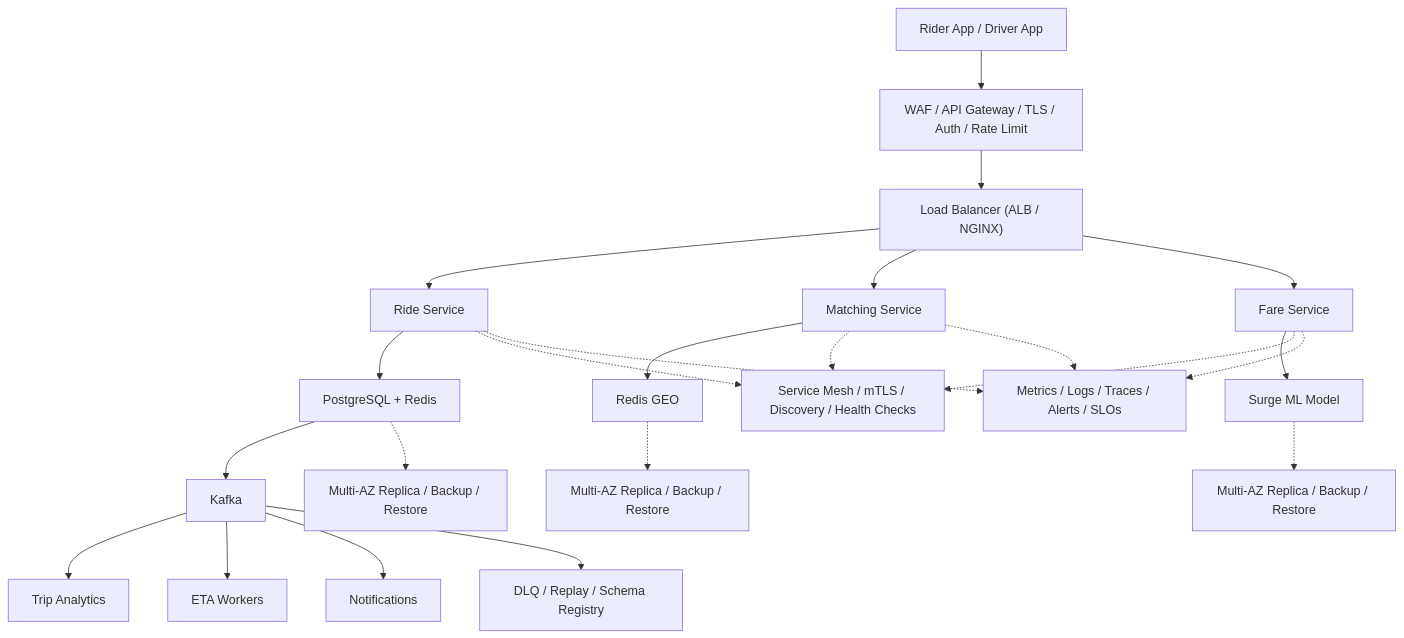
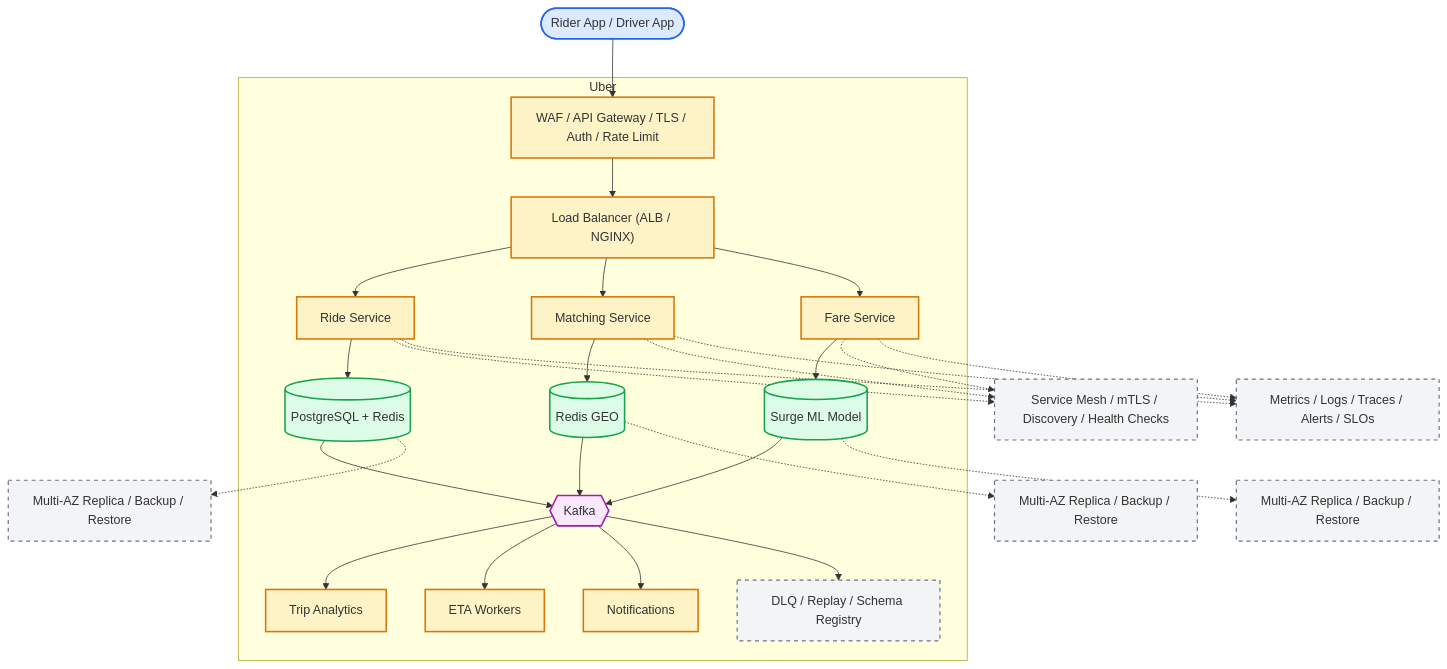
Before and after one commit to aishwary11/system-design: the diagram in system-design-uber.md, drawn with Mermaid. The commit also changed other lines of this file and 36 other files, not shown here.

First line of the commit message:
Standardize all diagrams on C4-style Mermaid template

````diff
--- a/system-design-uber.md
+++ b/system-design-uber.md
@@ -40,25 +40,65 @@
 ```mermaid
 flowchart TB
-    clients["Rider App / Driver App"] --> edge["WAF / API Gateway / TLS / Auth / Rate Limit"]
-    edge --> lb["Load Balancer (ALB / NGINX)"]
-    lb --> svc0["Ride Service"]
-    lb --> svc1["Matching Service"]
-    lb --> svc2["Fare Service"]
-    svc0 --> store0["PostgreSQL + Redis"]
-    svc1 --> store1["Redis GEO"]
-    svc2 --> store2["Surge ML Model"]
-    store0 --> stream["Kafka"]
-    stream --> worker0["Trip Analytics"]
-    stream --> worker1["ETA Workers"]
-    stream --> worker2["Notifications"]
-    svc0 -.-> platform["Service Mesh / mTLS / Discovery / Health Checks"]
-    svc1 -.-> platform
-    svc2 -.-> platform
-    store0 -.-> backup0["Multi-AZ Replica / Backup / Restore"]
-    store1 -.-> backup1["Multi-AZ Replica / Backup / Restore"]
-    store2 -.-> backup2["Multi-AZ Replica / Backup / Restore"]
-    stream --> dlq["DLQ / Replay / Schema Registry"]
-    svc0 -.-> ops["Metrics / Logs / Traces / Alerts / SLOs"]
+    %% Actors (people)
+    clients(["Rider App / Driver App"])
+
+    %% System boundary - containers owned by the platform
+    subgraph platform["Uber"]
+        edge["WAF / API Gateway / TLS / Auth / Rate Limit"]
+        lb["Load Balancer (ALB / NGINX)"]
+        svc0["Ride Service"]
+        svc1["Matching Service"]
+        svc2["Fare Service"]
+        store0[("PostgreSQL + Redis")]
+        store1[("Redis GEO")]
+        store2[("Surge ML Model")]
+        stream{{"Kafka"}}
+        worker0["Trip Analytics"]
+        worker1["ETA Workers"]
+        worker2["Notifications"]
+        dlq["DLQ / Replay / Schema Registry"]
+    end
+
+    %% Cross-cutting control plane (dashed edges)
+    mesh["Service Mesh / mTLS / Discovery / Health Checks"]
+    ops["Metrics / Logs / Traces / Alerts / SLOs"]
+    backup0["Multi-AZ Replica / Backup / Restore"]
+    backup1["Multi-AZ Replica / Backup / Restore"]
+    backup2["Multi-AZ Replica / Backup / Restore"]
+
+    clients --> edge
+    edge --> lb
+    lb --> svc0
+    lb --> svc1
+    lb --> svc2
+    svc0 --> store0
+    svc1 --> store1
+    svc2 --> store2
+    store0 --> stream
+    store1 --> stream
+    store2 --> stream
+    stream --> worker0
+    stream --> worker1
+    stream --> worker2
+    stream --> dlq
+    svc0 -.-> mesh
+    svc1 -.-> mesh
+    svc2 -.-> mesh
+    svc0 -.-> ops
     svc1 -.-> ops
     svc2 -.-> ops
+    store0 -.-> backup0
+    store1 -.-> backup1
+    store2 -.-> backup2
+
+    classDef actor fill:#dbeafe,stroke:#2563eb,stroke-width:2px
+    classDef service fill:#fef3c7,stroke:#d97706,stroke-width:2px
+    classDef store fill:#dcfce7,stroke:#16a34a,stroke-width:2px
+    classDef broker fill:#fae8ff,stroke:#a21caf,stroke-width:2px
+    classDef control fill:#f3f4f6,stroke:#6b7280,stroke-width:1.5px,stroke-dasharray:5 5
+    class clients actor
+    class edge,lb,svc0,svc1,svc2,worker0,worker1,worker2 service
+    class store0,store1,store2 store
+    class stream broker
+    class dlq,mesh,ops,backup0,backup1,backup2 control
 ```
````
